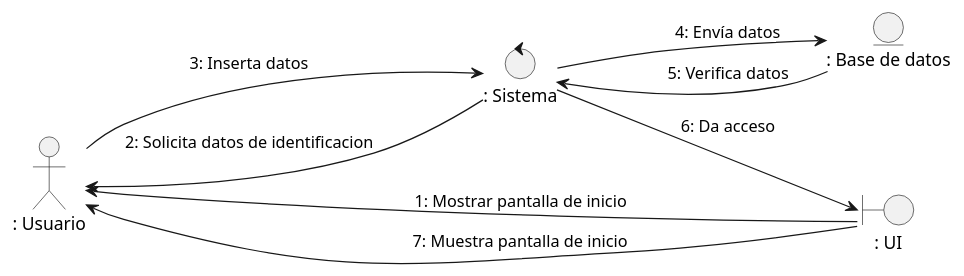
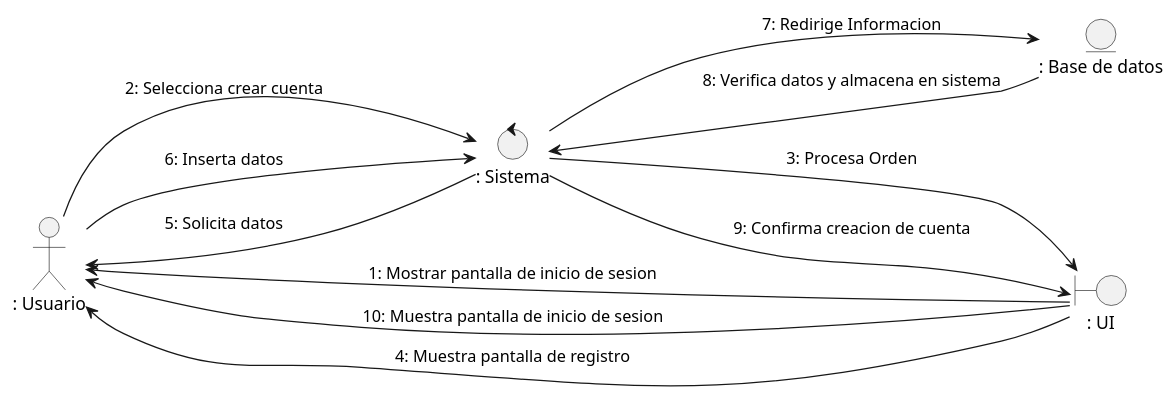
The diagram in docs/scenariosView/analysisDiagram/PlantUML/uc1_signUp.plantuml (Danfloca02/ProyectoFacUpdate), drawn with PlantUML before and after one commit.

```diff
--- a/docs/scenariosView/analysisDiagram/PlantUML/uc1_signUp.plantuml
+++ b/docs/scenariosView/analysisDiagram/PlantUML/uc1_signUp.plantuml
@@ -1,18 +1,22 @@
-@startuml uc1_signUp
+@startuml uc1_login
 
 left to right direction
 
 actor ": Usuario" as user
+
+entity ": Base de datos" as mod
 boundary ": UI" as vis
-entity ": Base de datos" as mod
 control ": Sistema" as con
 
-(vis) --> user : 1: Mostrar pantalla de inicio
-(con) --> user : 2: Solicita datos de identificacion
-user --> (con) : 3: Inserta datos
-(con) --> (mod) : 4: Envía datos
-(mod) --> (con) : 5: Verifica datos
-(con) --> (vis) : 6: Da acceso
-(vis) --> user : 7: Muestra pantalla de inicio
+vis --> user : 1: Mostrar pantalla de inicio de sesion
+vis --> user : 10: Muestra pantalla de inicio de sesion
+user --> con : 2: Selecciona crear cuenta
+con --> vis : 3: Procesa Orden
+vis --> user : 4: Muestra pantalla de registro
+con --> user : 5: Solicita datos
+user --> con : 6: Inserta datos
+con --> mod : 7: Redirige Informacion
+mod --> con : 8: Verifica datos y almacena en sistema
+con --> vis : 9: Confirma creacion de cuenta
 
 @enduml
```
